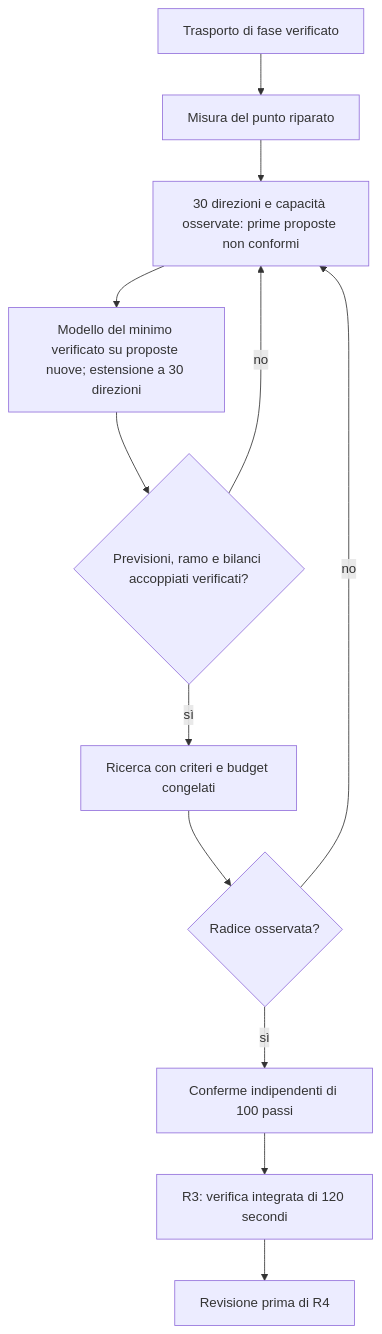
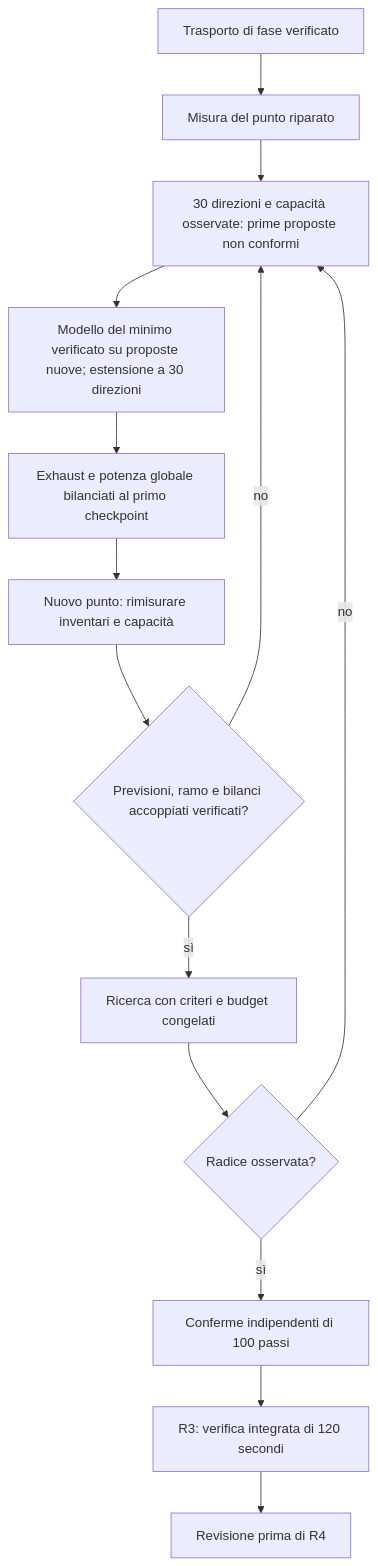
Before and after one commit to archistico/NuclearReactorSimulator: the first of 2 diagrams in docs/ROADMAP.md, drawn with Mermaid. The commit also changed other lines of this file and 49 other files, not shown here.

````diff
--- a/docs/ROADMAP.md
+++ b/docs/ROADMAP.md
@@ -85,14 +92,16 @@
 ```mermaid
 flowchart TD
     R["Trasporto di fase verificato"] --> M["Misura del punto riparato"]
     M --> S["30 direzioni e capacità osservate: prime proposte non conformi"]
     S --> A["Modello del minimo verificato su proposte nuove; estensione a 30 direzioni"]
-    A --> B{"Previsioni, ramo e bilanci accoppiati verificati?"}
+    A --> P["Exhaust e potenza globale bilanciati al primo checkpoint"]
+    P --> L["Nuovo punto: rimisurare inventari e capacità"]
+    L --> B{"Previsioni, ramo e bilanci accoppiati verificati?"}
     B -->|"no"| S
     B -->|"sì"| C["Ricerca con criteri e budget congelati"]
     C --> D{"Radice osservata?"}
     D -->|"no"| S
     D -->|"sì"| E["Conferme indipendenti di 100 passi"]
     E --> F["R3: verifica integrata di 120 secondi"]
     F --> G["Revisione prima di R4"]
 ```
````
